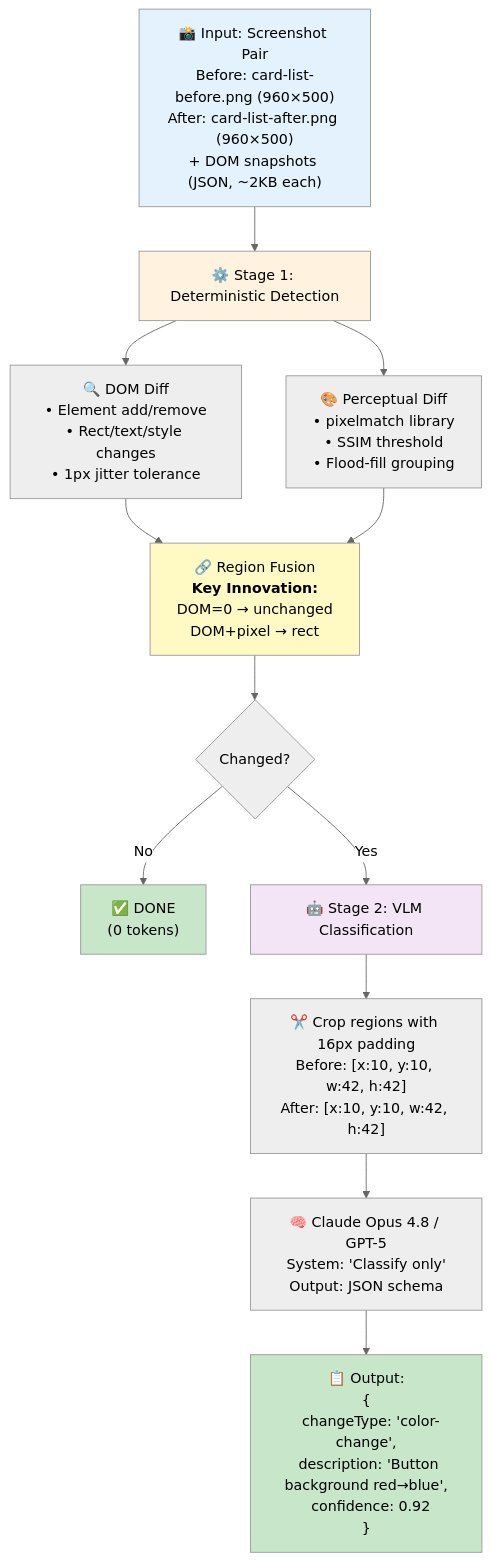
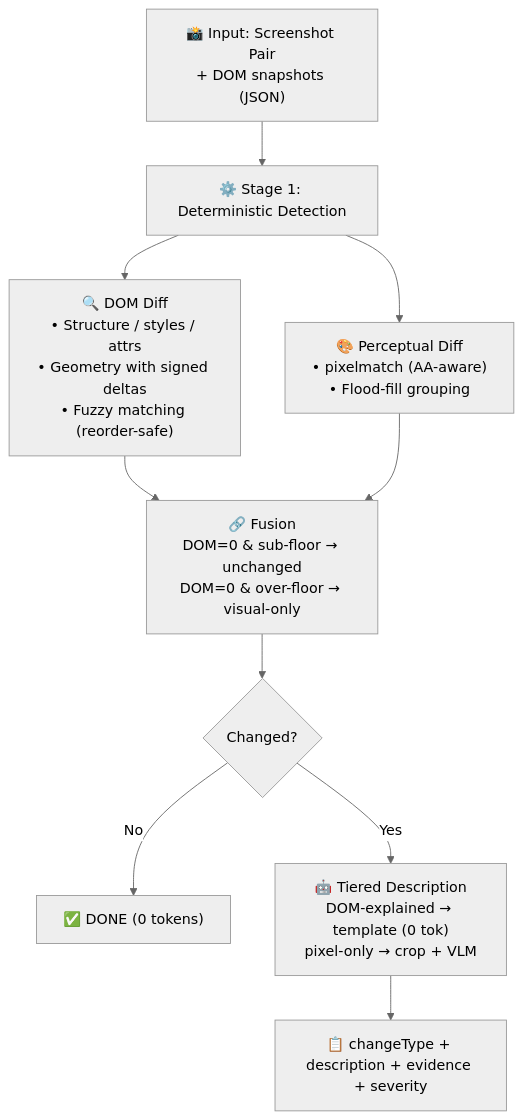
The diagram in README.md (shidesheng0218/vlm-diff), drawn with Mermaid (neutral theme) before and after one commit. The commit also changed other lines of this file and 1 other file, not shown here.

First line of the commit message:
docs: README visual redesign — centered hero, feature grid, collapsible depth

````diff
--- a/README.md
+++ b/README.md
@@ -58,27 +117,13 @@
 ```mermaid
 graph TB
-    Input["📸 Input: Screenshot Pair<br/>Before: card-list-before.png (960×500)<br/>After: card-list-after.png (960×500)<br/>+ DOM snapshots (JSON, ~2KB each)"]
-    
+    Input["📸 Input: Screenshot Pair<br/>+ DOM snapshots (JSON)"]
     Input --> Stage1["⚙️ Stage 1: Deterministic Detection"]
-    
-    Stage1 --> DOMDiff["🔍 DOM Diff<br/>• Element add/remove<br/>• Rect/text/style changes<br/>• 1px jitter tolerance"]
-    Stage1 --> PixelDiff["🎨 Perceptual Diff<br/>• pixelmatch library<br/>• SSIM threshold<br/>• Flood-fill grouping"]
-    
-    DOMDiff --> Fusion["🔗 Region Fusion<br/><b>Key Innovation:</b><br/>DOM=0 → unchanged<br/>DOM+pixel → rect"]
+    Stage1 --> DOMDiff["🔍 DOM Diff<br/>• Structure / styles / attrs<br/>• Geometry with signed deltas<br/>• Fuzzy matching (reorder-safe)"]
+    Stage1 --> PixelDiff["🎨 Perceptual Diff<br/>• pixelmatch (AA-aware)<br/>• Flood-fill grouping"]
+    DOMDiff --> Fusion["🔗 Fusion<br/>DOM=0 & sub-floor → unchanged<br/>DOM=0 & over-floor → visual-only"]
     PixelDiff --> Fusion
-    
     Fusion --> Decision{"Changed?"}
-    Decision -->|No| Done["✅ DONE<br/>(0 tokens)"]
-    Decision -->|Yes| Stage2["🤖 Stage 2: VLM Classification"]
-    
-    Stage2 --> Crop["✂️ Crop regions with 16px padding<br/>Before: [x:10, y:10, w:42, h:42]<br/>After: [x:10, y:10, w:42, h:42]"]
-    Crop --> VLM["🧠 Claude Opus 4.8 / GPT-5<br/>System: 'Classify only'<br/>Output: JSON schema"]
-    VLM --> Result["📋 Output:<br/>{<br/>  changeType: 'color-change',<br/>  description: 'Button background red→blue',<br/>  confidence: 0.92<br/>}"]
-    
-    style Input fill:#e3f2fd
-    style Stage1 fill:#fff3e0
-    style Stage2 fill:#f3e5f5
-    style Fusion fill:#fff9c4
-    style Done fill:#c8e6c9
-    style Result fill:#c8e6c9
+    Decision -->|No| Done["✅ DONE (0 tokens)"]
+    Decision -->|Yes| Tier["🤖 Tiered Description<br/>DOM-explained → template (0 tok)<br/>pixel-only → crop + VLM"]
+    Tier --> Result["📋 changeType + description + evidence + severity"]
 ```
````
